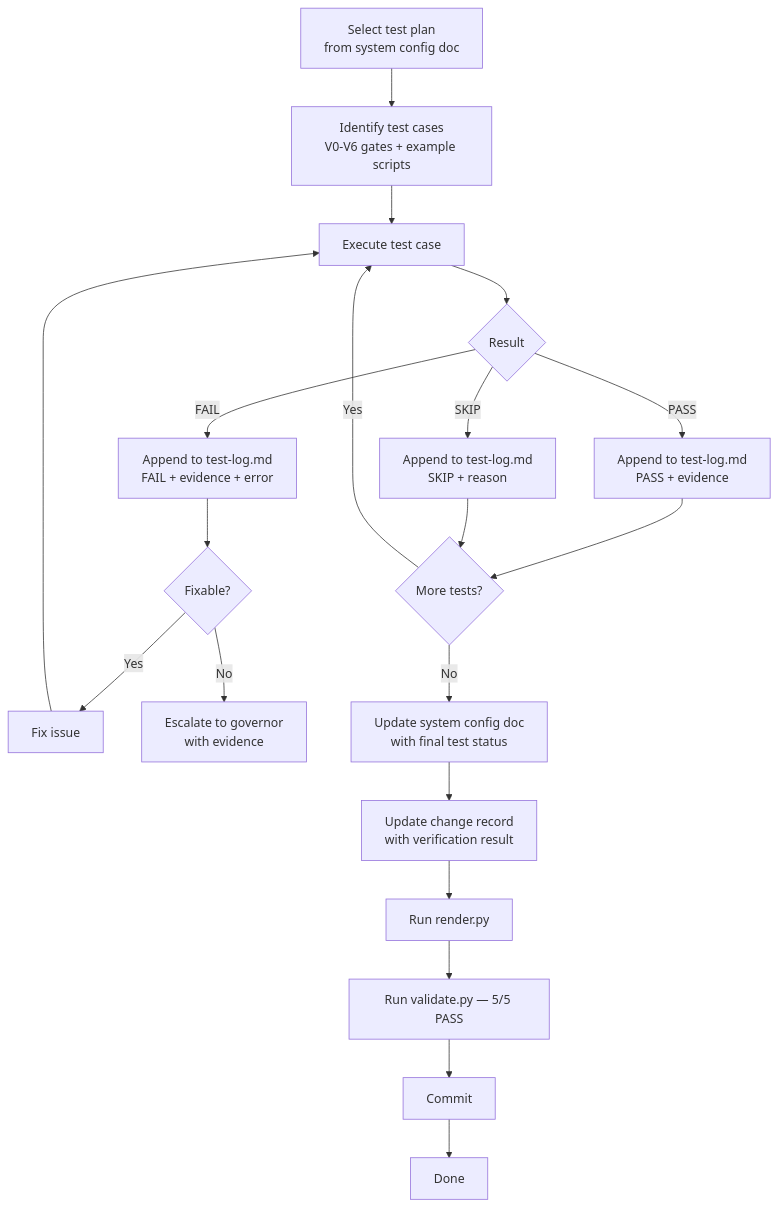
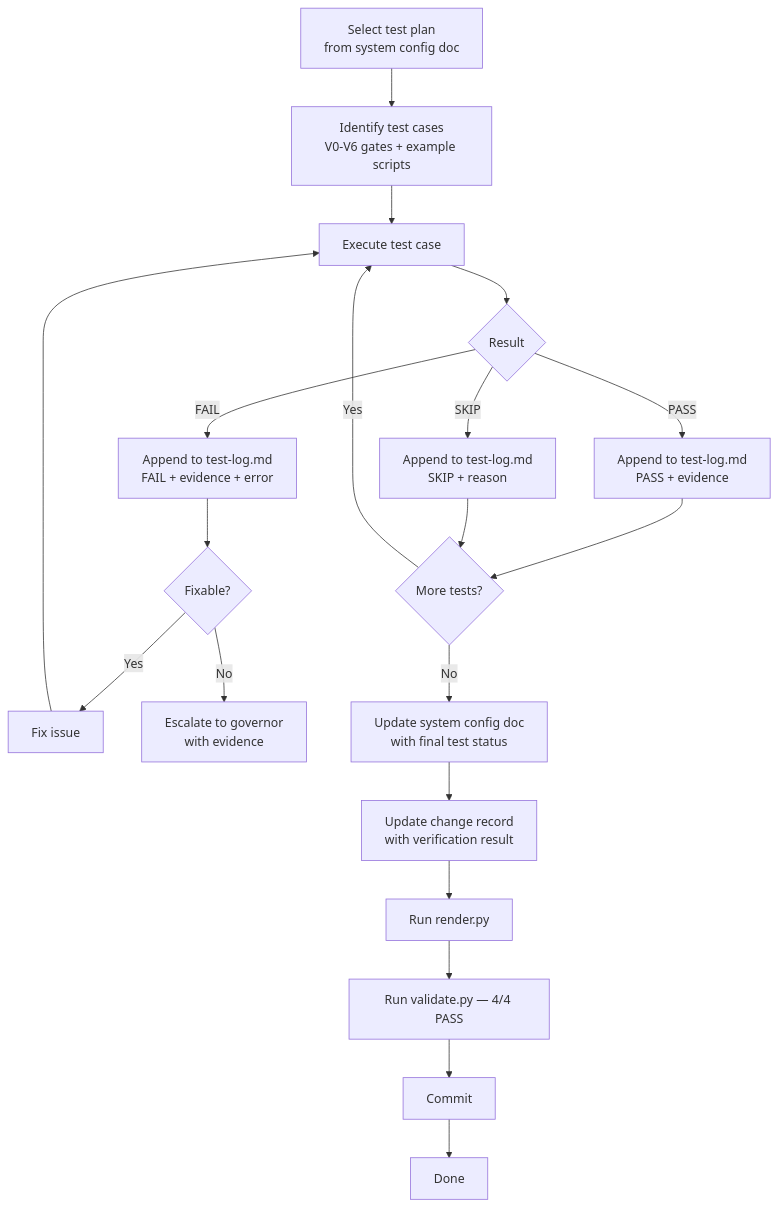
Before and after one commit to Hana-X-AI/HX-ASF-Servers: the diagram in governace/process/system-validation-testing.md, drawn with Mermaid. The commit also changed other lines of this file and 25 other files, not shown here.

````diff
--- a/governace/process/system-validation-testing.md
+++ b/governace/process/system-validation-testing.md
@@ -5,22 +5,22 @@
 ```mermaid
 flowchart TD
     A[Select test plan\nfrom system config doc] --> B[Identify test cases\nV0-V6 gates + example scripts]
     B --> C[Execute test case]
     C --> D{Result}
     D -->|PASS| E[Append to test-log.md\nPASS + evidence]
     D -->|FAIL| F[Append to test-log.md\nFAIL + evidence + error]
     D -->|SKIP| G[Append to test-log.md\nSKIP + reason]
     E --> H{More tests?}
     F --> I{Fixable?}
     G --> H
     I -->|Yes| J[Fix issue]
     J --> C
     I -->|No| K[Escalate to governor\nwith evidence]
     H -->|Yes| C
     H -->|No| L[Update system config doc\nwith final test status]
     L --> M[Update change record\nwith verification result]
     M --> N[Run render.py]
-    N --> O[Run validate.py — 5/5 PASS]
+    N --> O[Run validate.py — 4/4 PASS]
     O --> P[Commit]
     P --> Q[Done]
 ```
````
